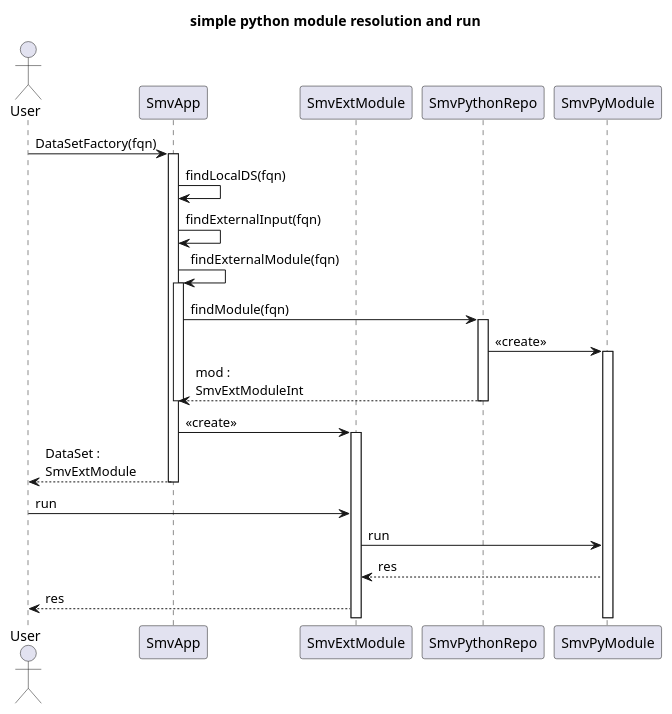
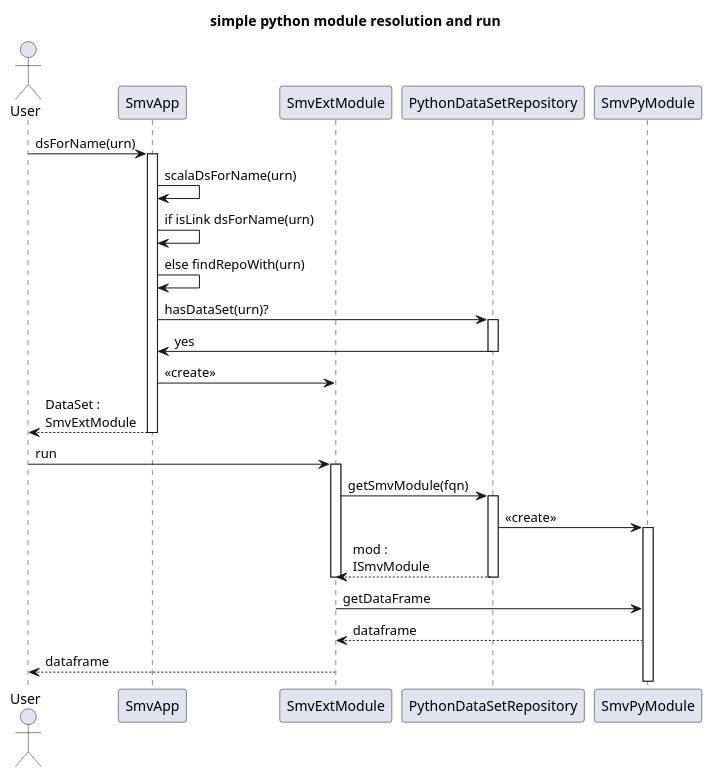
The diagram in docs/design/Python/py_api_seq.puml (TresAmigosSD/SMV), drawn with PlantUML before and after one commit.

```diff
--- a/docs/design/Python/py_api_seq.puml
+++ b/docs/design/Python/py_api_seq.puml
@@ -1,33 +1,36 @@
 @startuml
 title simple python module resolution and run
 
 Actor User
 Participant SmvApp as app
 Participant SmvExtModule as extmod
-Participant SmvPythonRepo as repo
+Participant PythonDataSetRepository as repo
 Participant SmvPyModule as pymod
 
-User -> app : DataSetFactory(fqn)
+User -> app : dsForName(urn)
 activate app
-  app -> app : findLocalDS(fqn)
-  app -> app : findExternalInput(fqn)
-  app -> app : findExternalModule(fqn)
-  activate app
-  app -> repo : findModule(fqn)
-    activate repo
-      repo -> pymod : <<create>>
-      activate pymod
-      repo --> app : mod :\nSmvExtModuleInt
-    deactivate repo
-  deactivate app
+  app -> app : scalaDsForName(urn)
+  app -> app : if isLink dsForName(urn)
+  app -> app : else findRepoWith(urn)
+	app -> repo : hasDataSet(urn)?
+	activate repo
+	repo -> app : yes
+	deactivate repo
   app -> extmod : <<create>>
-  activate extmod
   app --> User : DataSet :\nSmvExtModule
 deactivate app
 
 User -> extmod : run
-extmod -> pymod : run
-pymod --> extmod : res
-extmod --> User : res
+  activate extmod
+  extmod -> repo : getSmvModule(fqn)
+    activate repo
+      repo -> pymod : <<create>>
+      activate pymod
+      repo --> extmod : mod :\nISmvModule
+    deactivate repo
+  deactivate extmod
+  extmod -> pymod : getDataFrame
+  pymod --> extmod : dataframe
+extmod --> User : dataframe
 
 @enduml
```
